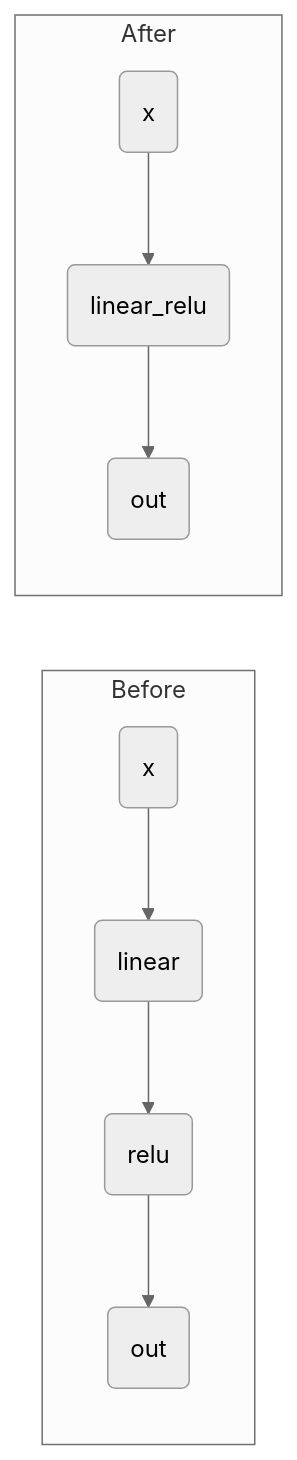
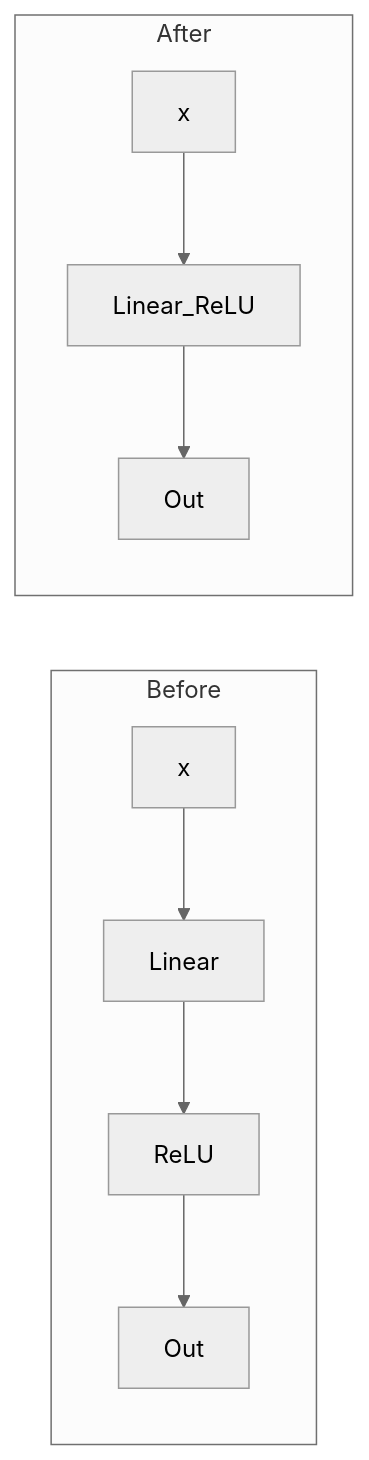
One commit to pkarakala/FX2Accel changed the second of 6 diagrams in README.md. Above: the diagram before and after it, drawn with Mermaid (neutral theme). The commit also changed other lines of this file and 6 other files, not shown here.

````diff
--- a/README.md
+++ b/README.md
@@ -57,10 +57,10 @@
 ```mermaid
 flowchart LR
-	subgraph Before
-		X(x) --> L(linear) --> R(relu) --> O(out)
-	end
+  subgraph Before
+    X["x"] --> L["Linear"] --> R["ReLU"] --> O["Out"]
+  end
 
-	subgraph After
-		X2(x) --> FR(linear_relu) --> O2(out)
-	end
+  subgraph After
+    X2["x"] --> FR["Linear_ReLU"] --> O2["Out"]
+  end
 ```
````
